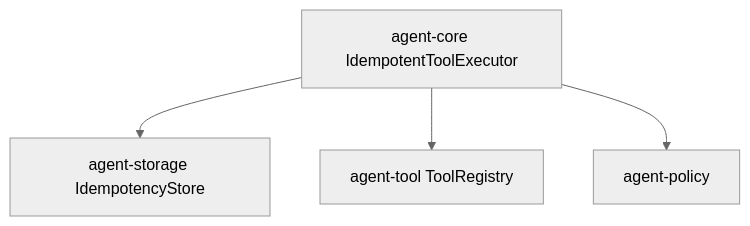
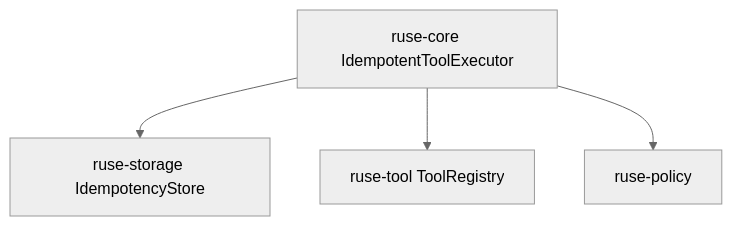
Before and after one commit to poneding/agent: the diagram in docs/specs/M04-02-idempotency.spec.md, drawn with Mermaid (neutral theme). The commit also changed other lines of this file and 2091 other files, not shown here.

First line of the commit message:
refactor: rename agent branding to ruse

````diff
--- a/docs/specs/M04-02-idempotency.spec.md
+++ b/docs/specs/M04-02-idempotency.spec.md
@@ -31,6 +31,6 @@
 ```mermaid
 flowchart TD
-  agent_core["agent-core IdempotentToolExecutor"] --> agent_storage["agent-storage IdempotencyStore"]
-  agent_core --> agent_tool["agent-tool ToolRegistry"]
-  agent_core --> agent_policy["agent-policy"]
+  ruse_core["ruse-core IdempotentToolExecutor"] --> ruse_storage["ruse-storage IdempotencyStore"]
+  ruse_core --> ruse_tool["ruse-tool ToolRegistry"]
+  ruse_core --> ruse_policy["ruse-policy"]
 ```
````
